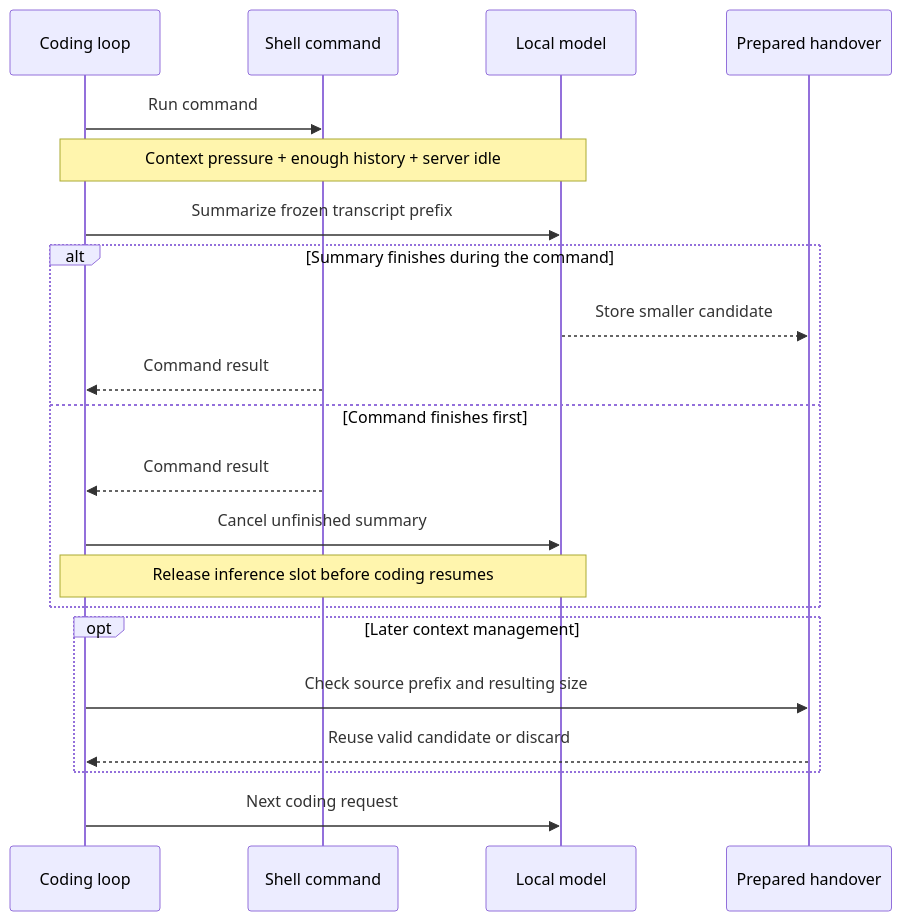
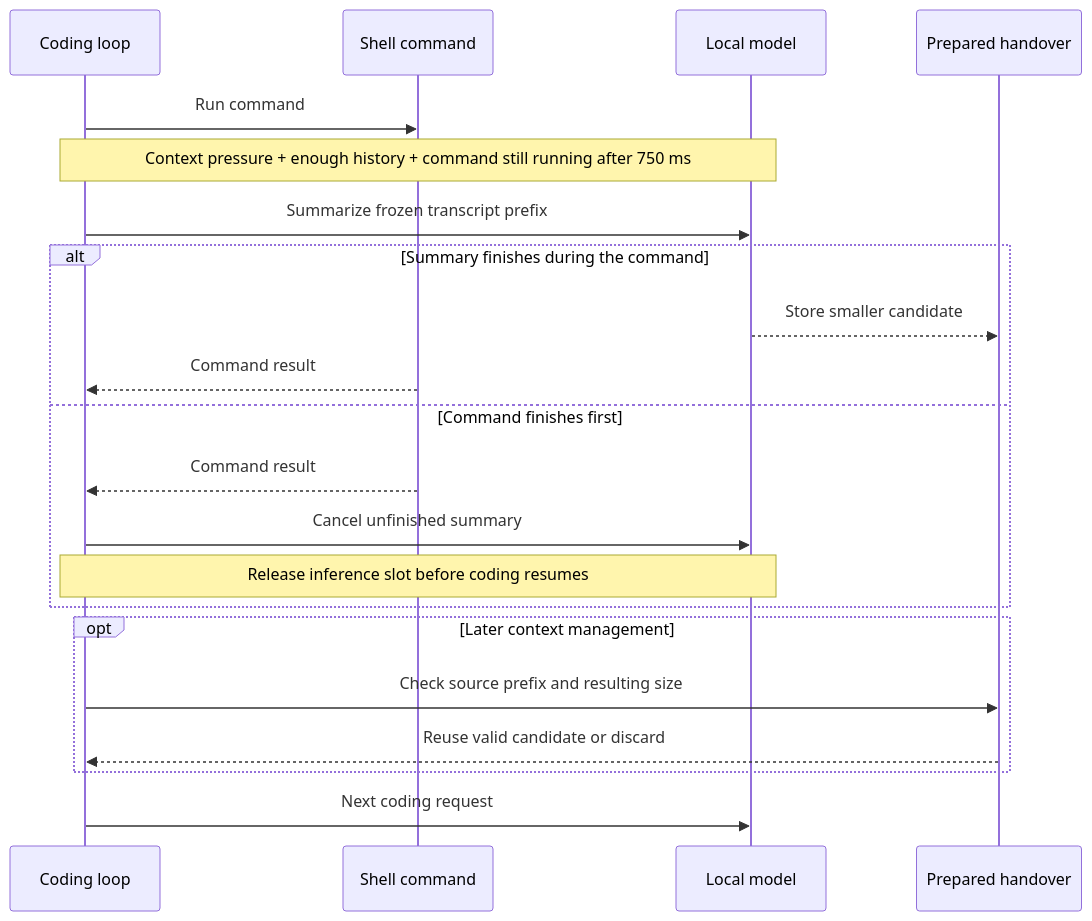
Before and after one commit to leonvanzyl/smolcoder: the fourth of 5 diagrams in README.md, drawn with Mermaid. The commit also changed other lines of this file and 55 other files, not shown here.

````diff
--- a/README.md
+++ b/README.md
@@ -185,23 +205,23 @@
 ```mermaid
 sequenceDiagram
     participant Agent as Coding loop
     participant Shell as Shell command
     participant Model as Local model
     participant Cache as Prepared handover
     Agent->>Shell: Run command
-    Note over Agent,Model: Context pressure + enough history + server idle
+    Note over Agent,Model: Context pressure + enough history + command still running after 750 ms
     Agent->>Model: Summarize frozen transcript prefix
     alt Summary finishes during the command
         Model-->>Cache: Store smaller candidate
         Shell-->>Agent: Command result
     else Command finishes first
         Shell-->>Agent: Command result
         Agent->>Model: Cancel unfinished summary
         Note over Agent,Model: Release inference slot before coding resumes
     end
     opt Later context management
         Agent->>Cache: Check source prefix and resulting size
         Cache-->>Agent: Reuse valid candidate or discard
     end
     Agent->>Model: Next coding request
 ```
````
